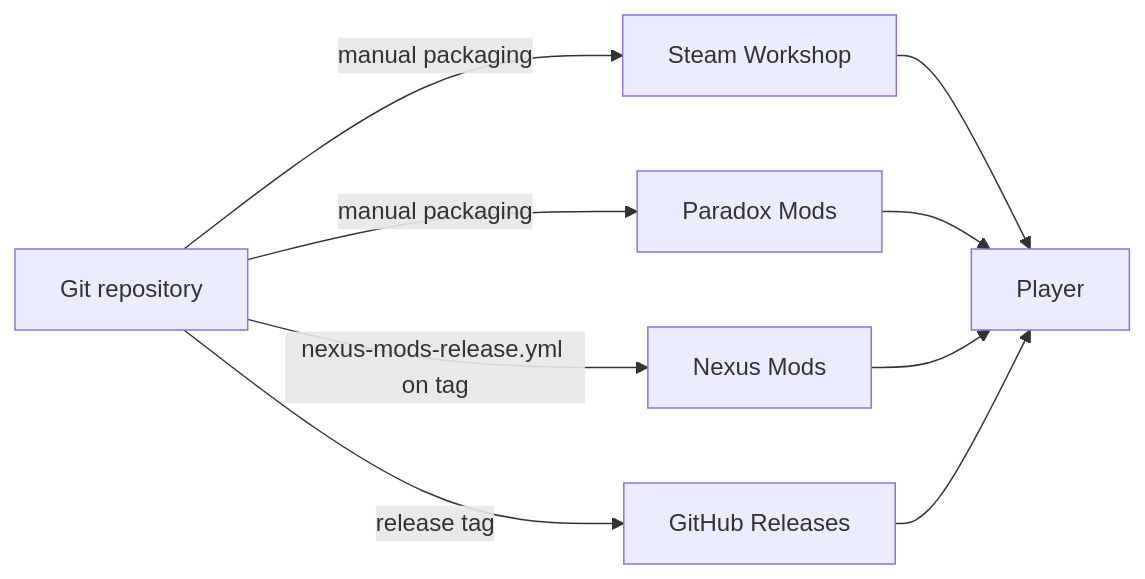
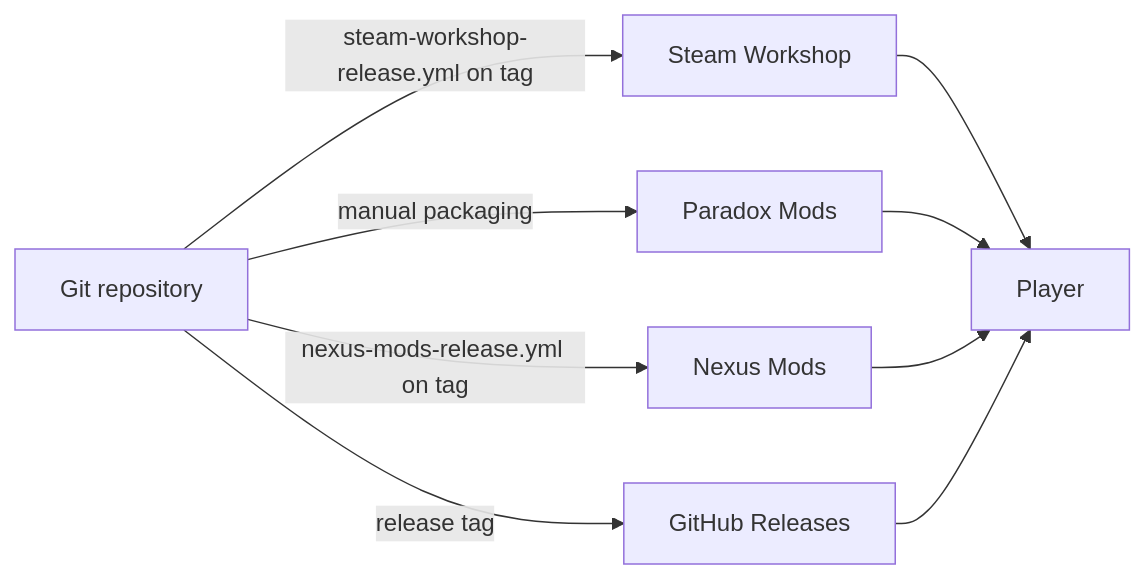
Before and after one commit to hmlendea/stellaris-ui-deposit-blockers: the diagram in docs/integrations.md, drawn with Mermaid. The commit also changed other lines of this file and 14 other files, not shown here.

Commit message:
ci: Created the Steam Workshop Release workflow

````diff
--- a/docs/integrations.md
+++ b/docs/integrations.md
@@ -79,11 +79,11 @@
 ```mermaid
 flowchart LR
-    Repo[Git repository] -->|manual packaging| Steam[Steam Workshop]
+    Repo[Git repository] -->|steam-workshop-release.yml on tag| Steam[Steam Workshop]
     Repo -->|manual packaging| Paradox[Paradox Mods]
     Repo -->|nexus-mods-release.yml on tag| Nexus[Nexus Mods]
     Repo -->|release tag| GitHub[GitHub Releases]
     Steam --> Player
     Paradox --> Player
     Nexus --> Player
     GitHub --> Player
 ```
````
